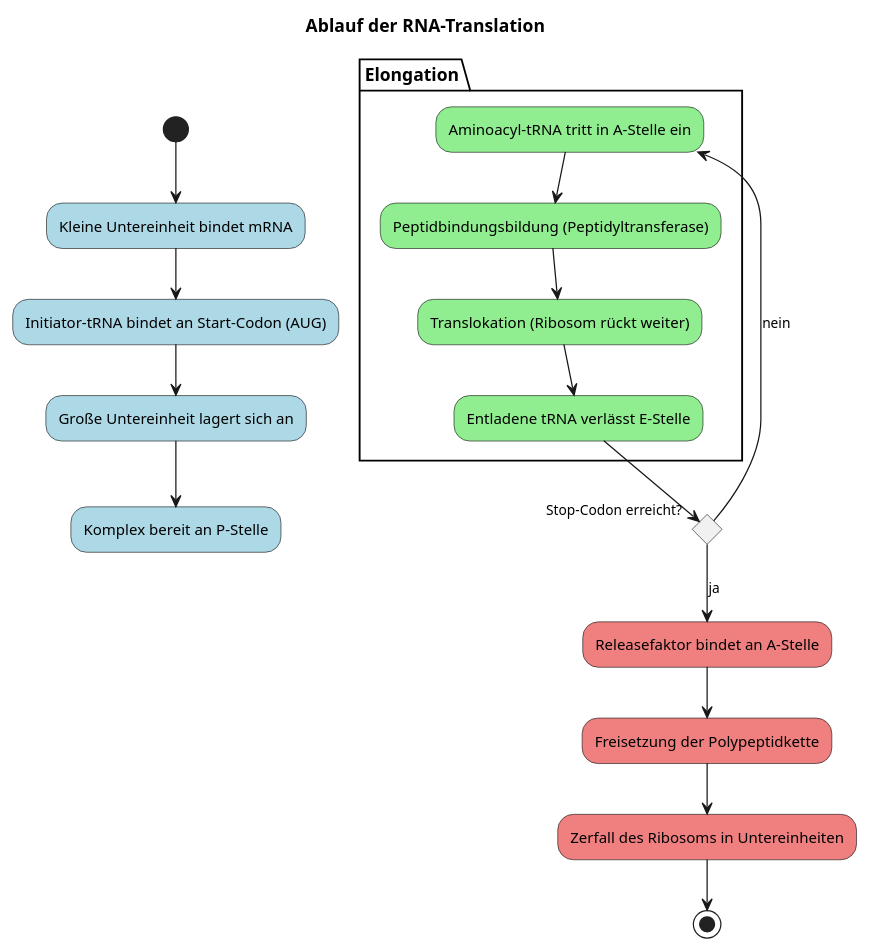
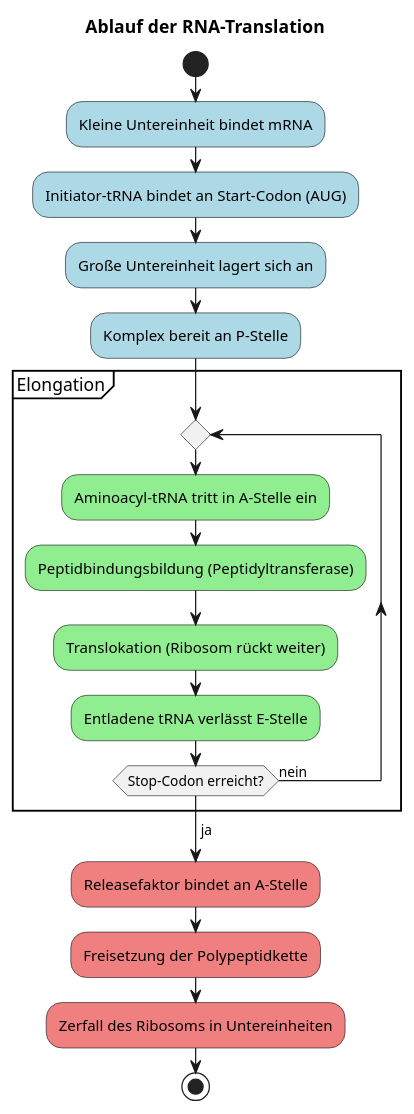
One commit to chatelao/learn-amino-acids changed the diagram in RNA_TRANSLATION_FLOW.puml. Above: the diagram before and after it, drawn with PlantUML. The commit also changed 7 other files, not shown here.

First line of the commit message:
fix: resolve PlantUML rendering issues in documentation

```diff
--- a/RNA_TRANSLATION_FLOW.puml
+++ b/RNA_TRANSLATION_FLOW.puml
@@ -1,31 +1,30 @@
-@startuml RNA_TRANSLATION_FLOW
 title Ablauf der RNA-Translation
 
 skinparam activity {
   BackgroundColor<<Initiation>> LightBlue
   BackgroundColor<<Elongation>> LightGreen
   BackgroundColor<<Termination>> LightCoral
 }
 
-(*) --> "Kleine Untereinheit bindet mRNA" <<Initiation>>
---> "Initiator-tRNA bindet an Start-Codon (AUG)" <<Initiation>>
---> "Große Untereinheit lagert sich an" <<Initiation>>
---> "Komplex bereit an P-Stelle" <<Initiation>>
+start
+
+:Kleine Untereinheit bindet mRNA; <<Initiation>>
+:Initiator-tRNA bindet an Start-Codon (AUG); <<Initiation>>
+:Große Untereinheit lagert sich an; <<Initiation>>
+:Komplex bereit an P-Stelle; <<Initiation>>
 
 partition Elongation {
-  "Aminoacyl-tRNA tritt in A-Stelle ein" <<Elongation>> --> "Peptidbindungsbildung (Peptidyltransferase)" <<Elongation>>
-  "Peptidbindungsbildung (Peptidyltransferase)" --> "Translokation (Ribosom rückt weiter)" <<Elongation>>
-  "Translokation (Ribosom rückt weiter)" --> "Entladene tRNA verlässt E-Stelle" <<Elongation>>
+  repeat
+    :Aminoacyl-tRNA tritt in A-Stelle ein; <<Elongation>>
+    :Peptidbindungsbildung (Peptidyltransferase); <<Elongation>>
+    :Translokation (Ribosom rückt weiter); <<Elongation>>
+    :Entladene tRNA verlässt E-Stelle; <<Elongation>>
+  repeat while (Stop-Codon erreicht?) is (nein)
+  -> ja;
 }
 
-"Entladene tRNA verlässt E-Stelle" --> if "Stop-Codon erreicht?" then
-  --> [nein] "Aminoacyl-tRNA tritt in A-Stelle ein"
-else
-  --> [ja] "Releasefaktor bindet an A-Stelle" <<Termination>>
-endif
+:Releasefaktor bindet an A-Stelle; <<Termination>>
+:Freisetzung der Polypeptidkette; <<Termination>>
+:Zerfall des Ribosoms in Untereinheiten; <<Termination>>
 
---> "Freisetzung der Polypeptidkette" <<Termination>>
---> "Zerfall des Ribosoms in Untereinheiten" <<Termination>>
---> (*)
-
-@enduml
+stop
```
